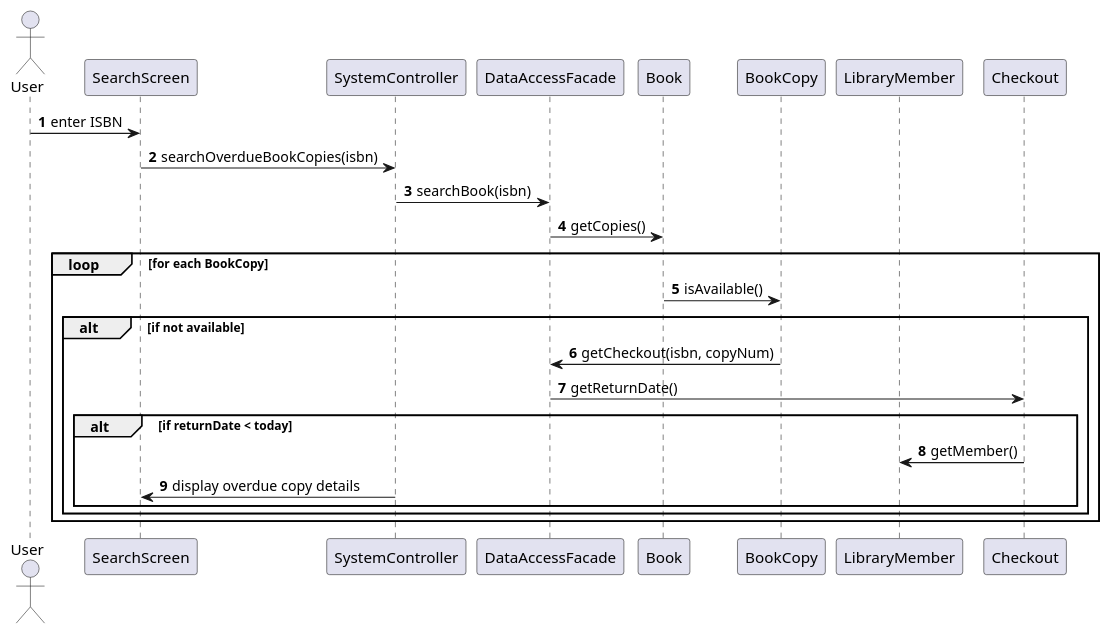
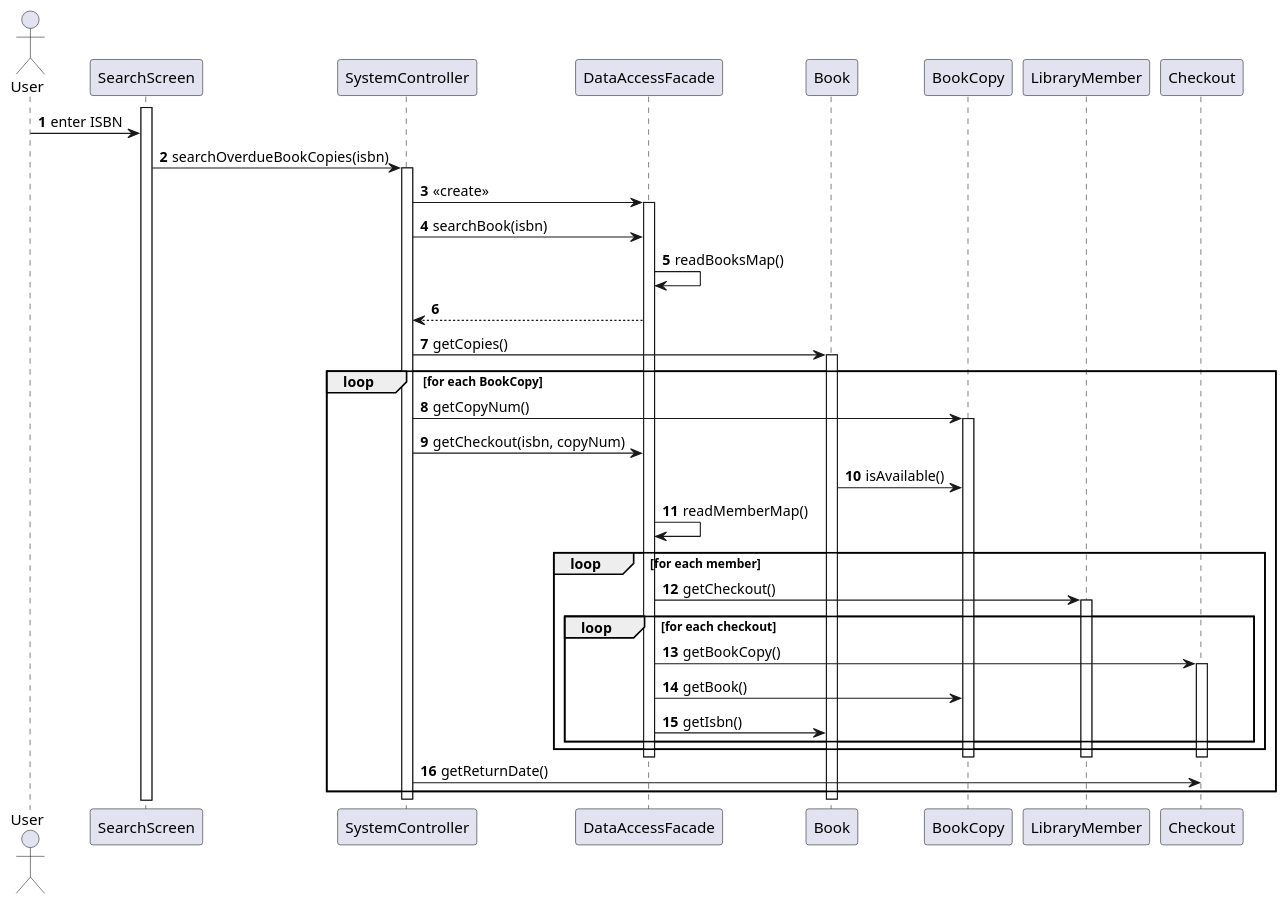
Before and after one commit to mohammed-almassri/LibraryGroupD: the diagram in src/uml/seq3-opt.puml, drawn with PlantUML. The commit also changed 3 other files, not shown here.

```diff
--- a/src/uml/seq3-opt.puml
+++ b/src/uml/seq3-opt.puml
@@ -1,30 +1,73 @@
 @startuml
 autonumber
 actor User
 
 participant SearchScreen
 participant SystemController
 participant DataAccessFacade
 participant Book
 participant BookCopy
 participant LibraryMember
 participant Checkout
 
+activate SearchScreen
+
 User -> SearchScreen: enter ISBN
 SearchScreen -> SystemController: searchOverdueBookCopies(isbn)
+
+activate SystemController
+
+SystemController -> DataAccessFacade: <<create>>
+activate DataAccessFacade
+
 SystemController -> DataAccessFacade: searchBook(isbn)
-DataAccessFacade -> Book: getCopies()
+DataAccessFacade -> DataAccessFacade : readBooksMap()
+DataAccessFacade --> SystemController
+
+
+SystemController -> Book: getCopies()
+activate Book
+
 
 loop for each BookCopy
+    SystemController -> BookCopy : getCopyNum()
+    activate BookCopy
+    SystemController -> DataAccessFacade: getCheckout(isbn, copyNum)
     Book -> BookCopy: isAvailable()
-    alt if not available
-        BookCopy -> DataAccessFacade: getCheckout(isbn, copyNum)
-        DataAccessFacade -> Checkout: getReturnDate()
-        alt if returnDate < today
-            Checkout -> LibraryMember: getMember()
-            SystemController -> SearchScreen: display overdue copy details
+    DataAccessFacade -> DataAccessFacade : readMemberMap()
+
+    loop for each member
+        DataAccessFacade -> LibraryMember : getCheckout()
+        activate LibraryMember
+
+        loop for each checkout
+            DataAccessFacade -> Checkout : getBookCopy()
+            activate Checkout
+
+            DataAccessFacade -> BookCopy : getBook()
+            DataAccessFacade -> Book: getIsbn()
         end
+
     end
+
+    deactivate BookCopy
+    deactivate Checkout
+    deactivate LibraryMember
+    deactivate DataAccessFacade
+
+    SystemController -> Checkout : getReturnDate()
+
 end
 
+deactivate Book
+
+
+
+deactivate DataAccessFacade
+
+deactivate SystemController
+
+
+
+
 @enduml
```
